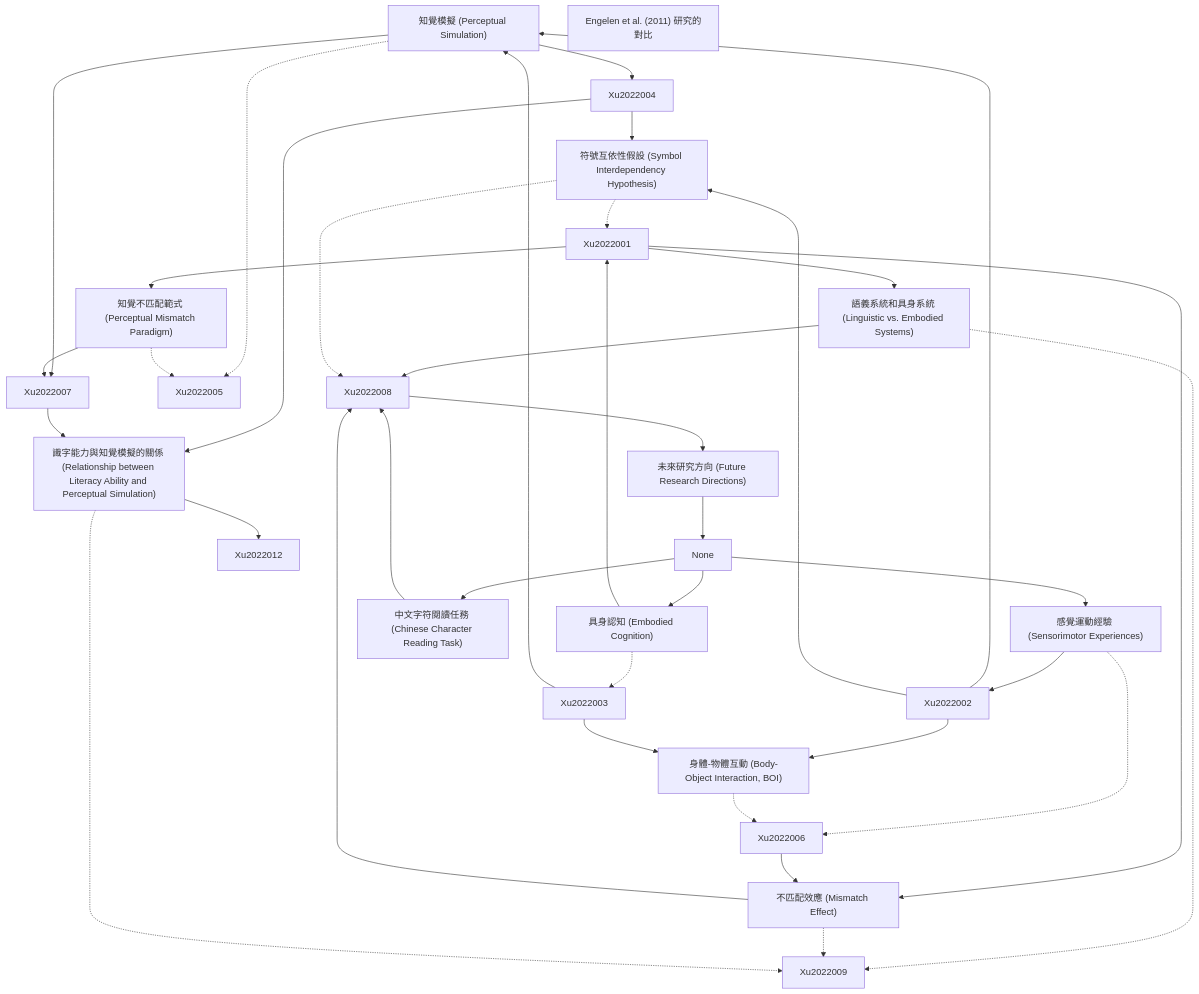
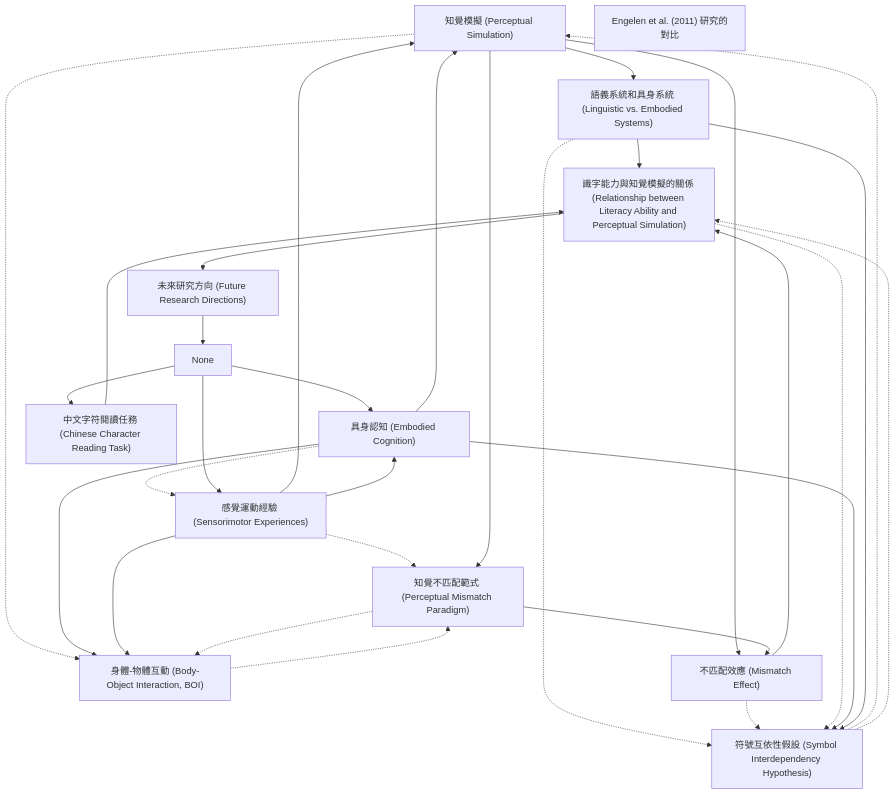
One commit to SCgeeker/Claude_Journal_Club_Agents changed the diagram in output/zettelkasten_notes/zettel_Xu-2022_20251104/zettel_index.md. Above: the diagram before and after it, drawn with Mermaid. The commit also changed 776 other files, not shown here.

```diff
--- a/output/zettelkasten_notes/zettel_Xu-2022_20251104/zettel_index.md
+++ b/output/zettelkasten_notes/zettel_Xu-2022_20251104/zettel_index.md
@@ -116,75 +116,64 @@
 
     Xu-2022-012["未來研究方向 (Future Research Directions)"]
 
-    Xu2022002 --> Xu-2022-001
+    Xu-2022-002 --> Xu-2022-001
 
-    Xu2022003 --> Xu-2022-001
+    Xu-2022-003 --> Xu-2022-001
 
-    Xu-2022-001 --> Xu2022004
+    Xu-2022-001 --> Xu-2022-004
 
-    Xu-2022-001 --> Xu2022007
+    Xu-2022-001 --> Xu-2022-007
 
-    Xu-2022-001 -.-> Xu2022005
+    Xu-2022-001 -.-> Xu-2022-005
 
     None --> Xu-2022-002
 
-    Xu-2022-002 --> Xu2022001
 
-    Xu-2022-002 -.-> Xu2022003
+    Xu-2022-002 -.-> Xu-2022-003
 
     None --> Xu-2022-003
 
-    Xu-2022-003 --> Xu2022002
+    Xu-2022-003 --> Xu-2022-002
 
-    Xu-2022-003 -.-> Xu2022006
+    Xu-2022-003 -.-> Xu-2022-006
 
-    Xu2022001 --> Xu-2022-004
 
-    Xu-2022-004 --> Xu2022008
+    Xu-2022-004 --> Xu-2022-008
 
-    Xu-2022-004 -.-> Xu2022009
+    Xu-2022-004 -.-> Xu-2022-009
 
-    Xu2022002 --> Xu-2022-005
+    Xu-2022-002 --> Xu-2022-005
 
-    Xu2022003 --> Xu-2022-005
+    Xu-2022-003 --> Xu-2022-005
 
-    Xu-2022-005 -.-> Xu2022006
+    Xu-2022-005 -.-> Xu-2022-006
 
-    Xu2022001 --> Xu-2022-006
+    Xu-2022-001 --> Xu-2022-006
 
-    Xu-2022-006 --> Xu2022007
+    Xu-2022-006 --> Xu-2022-007
 
-    Xu-2022-006 -.-> Xu2022005
+    Xu-2022-006 -.-> Xu-2022-005
 
-    Xu2022001 --> Xu-2022-007
+    Xu-2022-007 --> Xu-2022-008
 
-    Xu2022006 --> Xu-2022-007
+    Xu-2022-007 -.-> Xu-2022-009
 
-    Xu-2022-007 --> Xu2022008
+    Xu-2022-008 --> Xu-2022-012
 
-    Xu-2022-007 -.-> Xu2022009
+    Xu-2022-008 -.-> Xu-2022-009
 
-    Xu2022004 --> Xu-2022-008
+    Xu-2022-002 --> Xu-2022-009
 
-    Xu2022007 --> Xu-2022-008
+    Xu-2022-004 --> Xu-2022-009
 
-    Xu-2022-008 --> Xu2022012
+    Xu-2022-009 -.-> Xu-2022-001
 
-    Xu-2022-008 -.-> Xu2022009
-
-    Xu2022002 --> Xu-2022-009
-
-    Xu2022004 --> Xu-2022-009
-
-    Xu-2022-009 -.-> Xu2022001
-
-    Xu-2022-009 -.-> Xu2022008
+    Xu-2022-009 -.-> Xu-2022-008
 
     None --> Xu-2022-011
 
-    Xu-2022-011 --> Xu2022008
+    Xu-2022-011 --> Xu-2022-008
 
-    Xu2022008 --> Xu-2022-012
 
     Xu-2022-012 --> None
 
```
